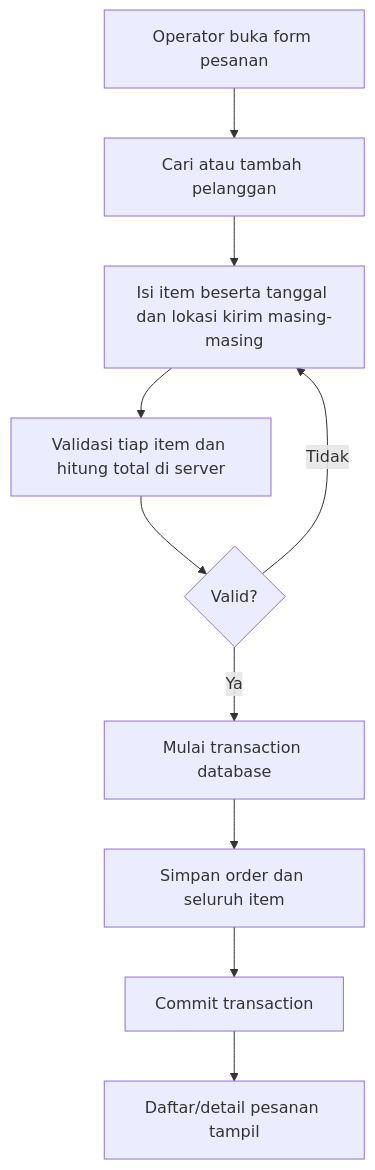
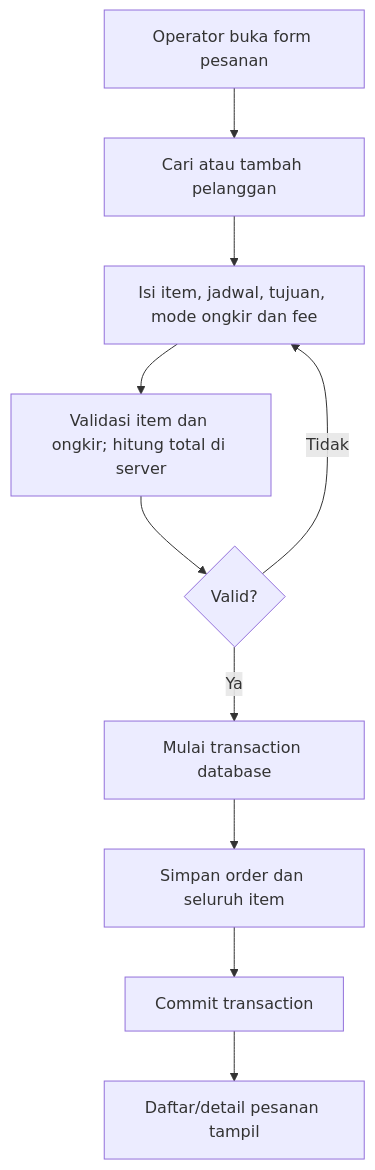
Before and after one commit to Vluuuu/Mutiara-Florist-Management-System: the first of 2 diagrams in docs/WORKFLOWS.md, drawn with Mermaid. The commit also changed other lines of this file, not shown here.

Commit message:
docs: specify mixed per-item shipping in WORKFLOWS.md

````diff
--- a/docs/WORKFLOWS.md
+++ b/docs/WORKFLOWS.md
@@ -24,12 +24,12 @@
 ```mermaid
 flowchart TD
     A[Operator buka form pesanan] --> B[Cari atau tambah pelanggan]
-    B --> C[Isi item beserta tanggal dan lokasi kirim masing-masing]
-    C --> D[Validasi tiap item dan hitung total di server]
+    B --> C[Isi item, jadwal, tujuan, mode ongkir dan fee]
+    C --> D[Validasi item dan ongkir; hitung total di server]
     D --> E{Valid?}
     E -- Tidak --> C
     E -- Ya --> F[Mulai transaction database]
     F --> G[Simpan order dan seluruh item]
     G --> H[Commit transaction]
     H --> I[Daftar/detail pesanan tampil]
 ```
````
